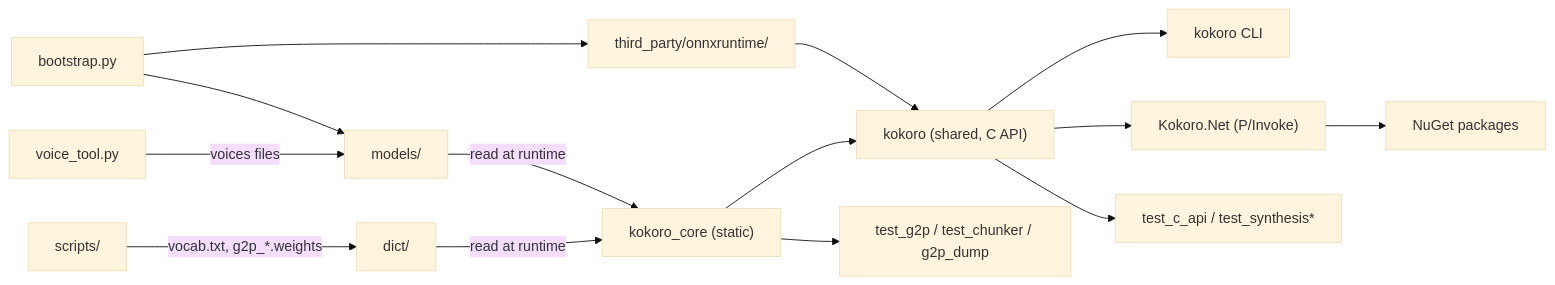
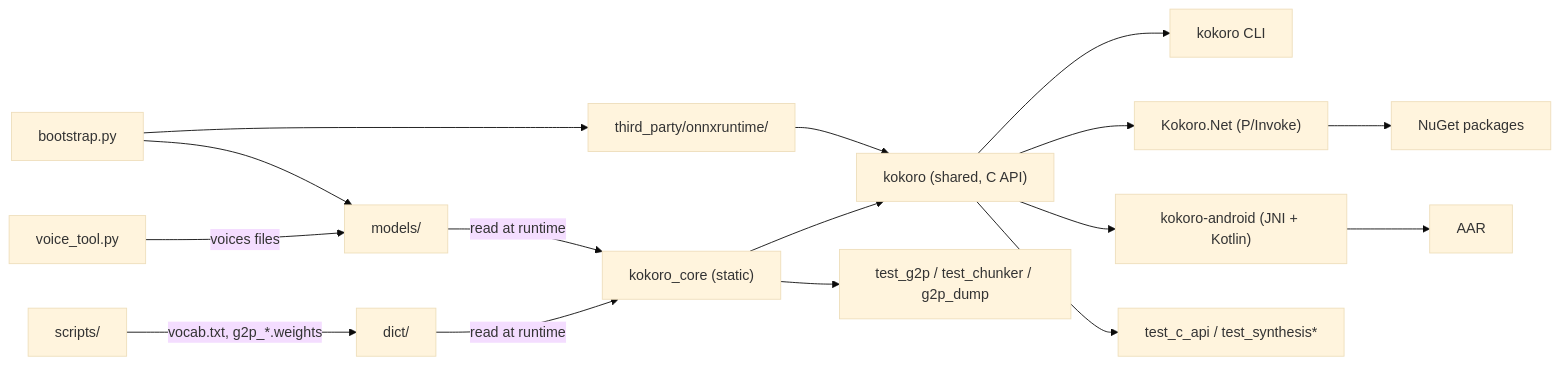
Before and after one commit to larroy/kokoro.cpp: the first of 2 diagrams in ARCHITECTURE.md, drawn with Mermaid (base theme). The commit also changed other lines of this file and 24 other files, not shown here.

First line of the commit message:
Add Android library (kokoro-android AAR)

````diff
--- a/ARCHITECTURE.md
+++ b/ARCHITECTURE.md
@@ -22,15 +22,16 @@
 ```mermaid
 flowchart LR
     bootstrap["bootstrap.py"] --> ort["third_party/onnxruntime/"]
     bootstrap --> models["models/"]
     voicetool["voice_tool.py"] -->|"voices files"| models
     scripts["scripts/"] -->|"vocab.txt, g2p_*.weights"| dict["dict/"]
     core["kokoro_core (static)"] --> lib["kokoro (shared, C API)"]
     lib --> cli["kokoro CLI"]
     lib --> dotnet["Kokoro.Net (P/Invoke)"] --> nuget["NuGet packages"]
+    lib --> android["kokoro-android (JNI + Kotlin)"] --> aar["AAR"]
     core --> coretests["test_g2p / test_chunker / g2p_dump"]
     lib --> libtests["test_c_api / test_synthesis*"]
     models -->|"read at runtime"| core
     dict -->|"read at runtime"| core
     ort --> lib
 ```
````
